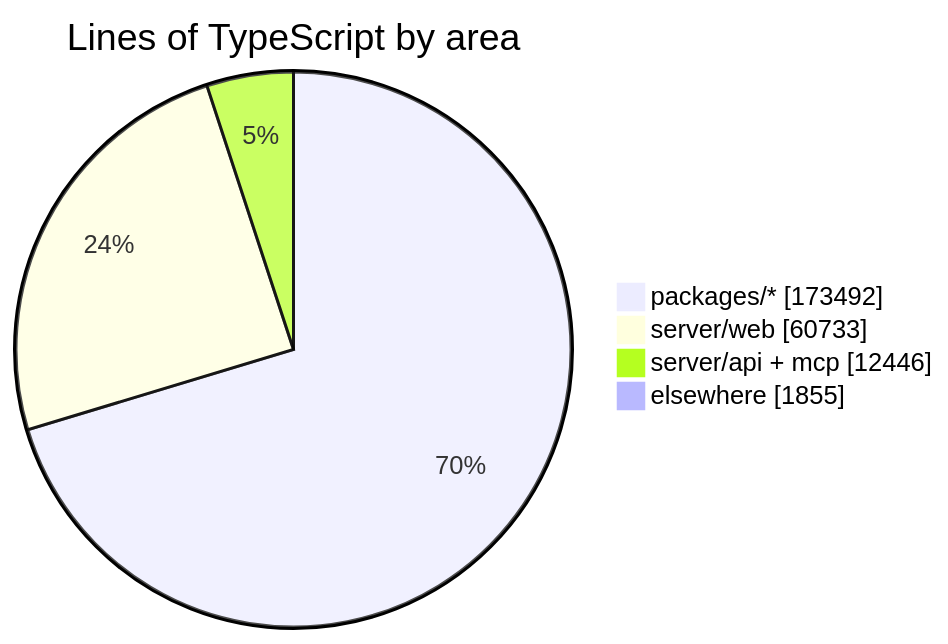
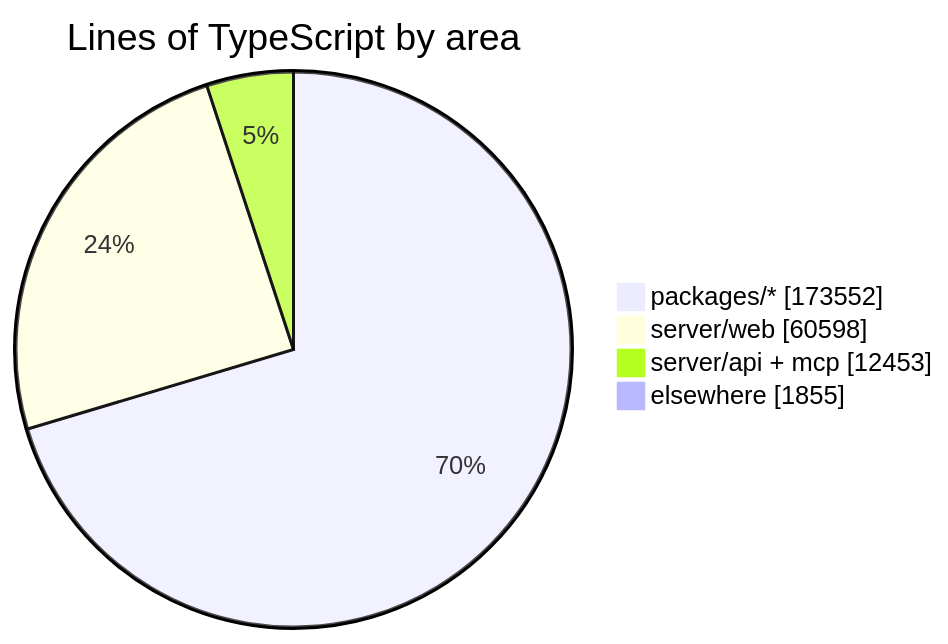
One commit to crossworks-engineering/mantle changed the diagram in README.md. Above: the diagram before and after it, drawn with Mermaid. The commit also changed other lines of this file and 2 other files, not shown here.

````diff
--- a/README.md
+++ b/README.md
@@ -279,7 +279,7 @@
 ```mermaid
 pie showData title Lines of TypeScript by area
-    "packages/*" : 173492
-    "server/web" : 60733
-    "server/api + mcp" : 12446
+    "packages/*" : 173552
+    "server/web" : 60598
+    "server/api + mcp" : 12453
     "elsewhere" : 1855
 ```
````
